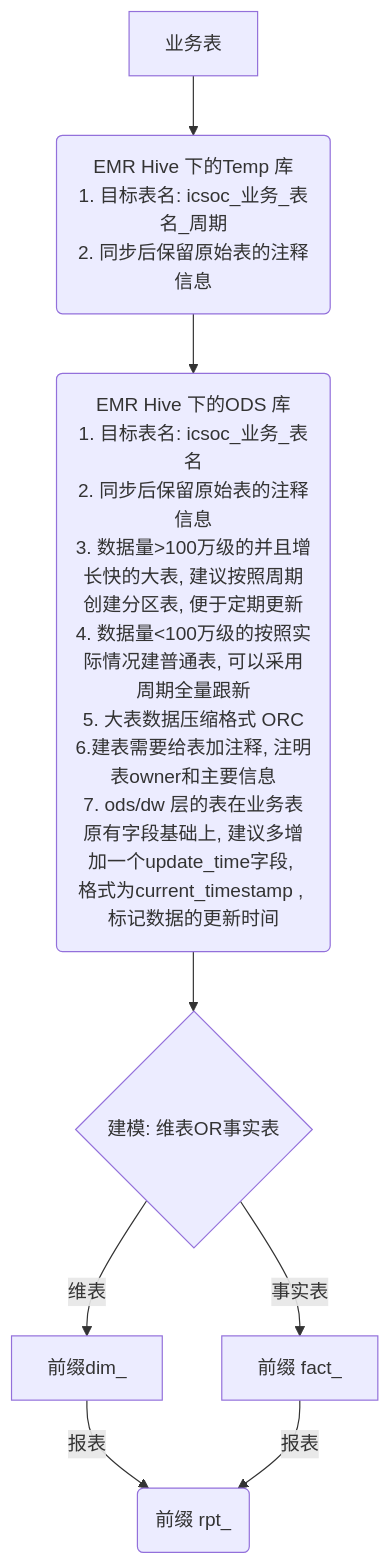
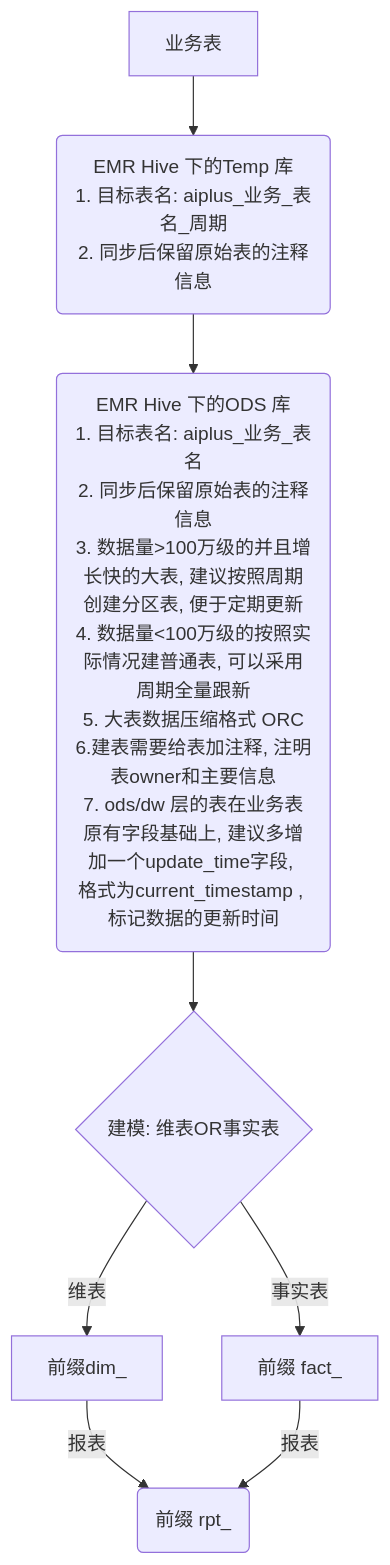
The second of 4 diagrams in 2018-09-30#mermaid_demo.md (vickyi/devNotes), drawn with Mermaid before and after one commit. The commit also changed other lines of this file and 7 other files, not shown here.

````diff
--- a/2018-09-30#mermaid_demo.md
+++ b/2018-09-30#mermaid_demo.md
@@ -21,12 +21,12 @@
 ```mermaid
 graph TD
-A[业务表] -->B(EMR Hive 下的Temp 库<br>1. 目标表名: icsoc_业务_表名_周期<br>2. 同步后保留原始表的注释信息)
+A[业务表] -->B(EMR Hive 下的Temp 库<br>1. 目标表名: aiplus_业务_表名_周期<br>2. 同步后保留原始表的注释信息)
 
-B --> C(EMR Hive 下的ODS 库<br>1. 目标表名: icsoc_业务_表名<br>2. 同步后保留原始表的注释信息<br>3. 数据量>100万级的并且增长快的大表, 建议按照周期创建分区表, 便于定期更新<br>4. 数据量<100万级的按照实际情况建普通表, 可以采用周期全量跟新<br>5. 大表数据压缩格式 ORC<br>6.建表需要给表加注释, 注明表owner和主要信息<br>7. ods/dw 层的表在业务表原有字段基础上, 建议多增加一个update_time字段, <br>格式为current_timestamp , 标记数据的更新时间</span>)
+B --> C(EMR Hive 下的ODS 库<br>1. 目标表名: aiplus_业务_表名<br>2. 同步后保留原始表的注释信息<br>3. 数据量>100万级的并且增长快的大表, 建议按照周期创建分区表, 便于定期更新<br>4. 数据量<100万级的按照实际情况建普通表, 可以采用周期全量跟新<br>5. 大表数据压缩格式 ORC<br>6.建表需要给表加注释, 注明表owner和主要信息<br>7. ods/dw 层的表在业务表原有字段基础上, 建议多增加一个update_time字段, <br>格式为current_timestamp , 标记数据的更新时间</span>)
 
 C --> D{建模: 维表OR事实表}
 D -->|维表| E[前缀dim_]
 D -->|事实表| F[前缀 fact_]
 E --> |报表|G(前缀 rpt_)
 F --> |报表|G
 ```
````
